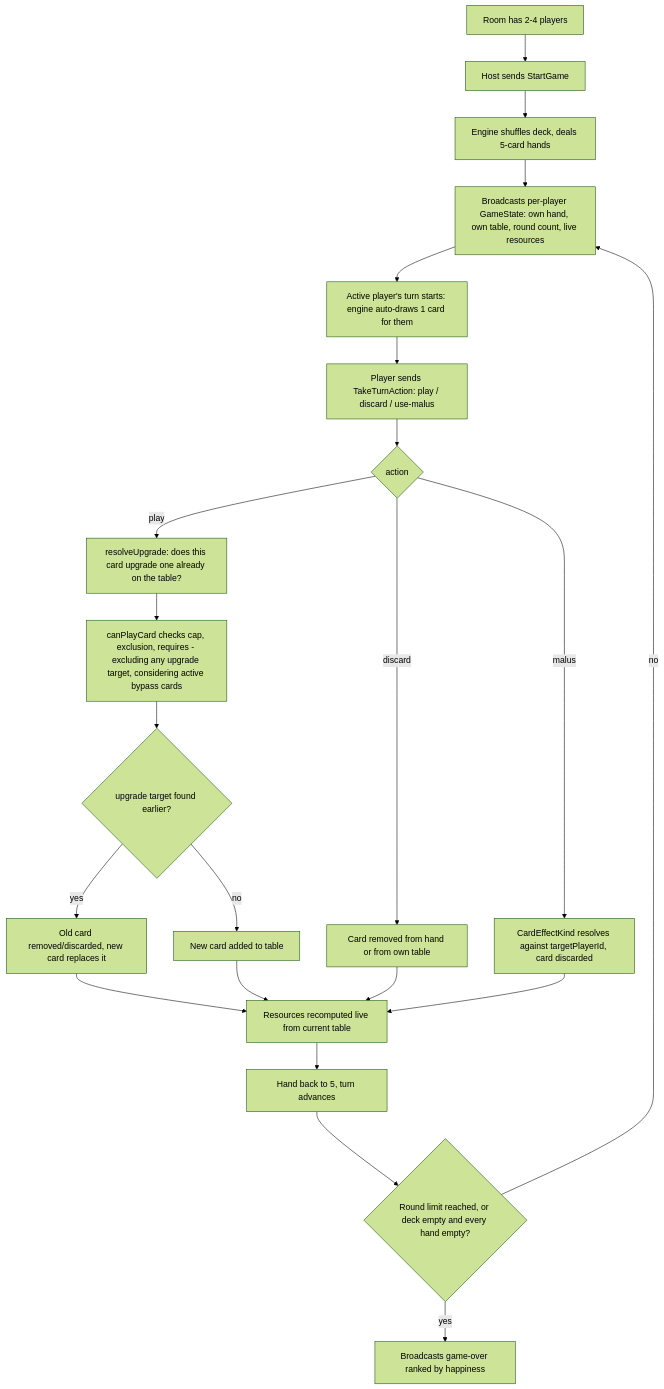
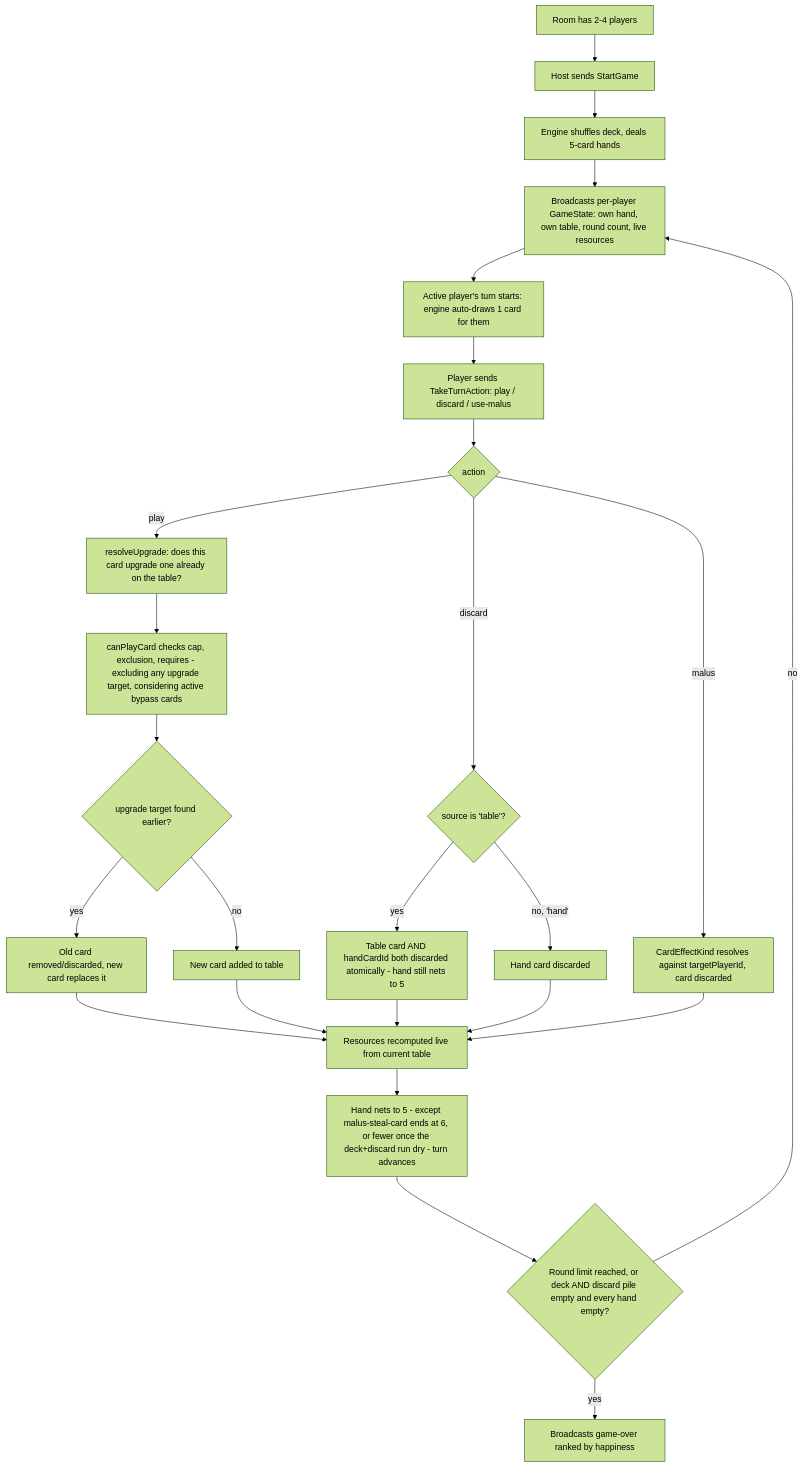
One commit to Loxo/happy-card-game changed the first of 2 diagrams in aidd_docs/tasks/2026_09/2026_09_17_card-game-core/phase-4.md. Above: the diagram before and after it, drawn with Mermaid (forest theme). The commit also changed other lines of this file and 14 other files, not shown here.

````diff
--- a/aidd_docs/tasks/2026_09/2026_09_17_card-game-core/phase-4.md
+++ b/aidd_docs/tasks/2026_09/2026_09_17_card-game-core/phase-4.md
@@ -30,24 +31,27 @@
 ```mermaid
 flowchart TD
   A[Room has 2-4 players] --> B[Host sends StartGame]
   B --> C[Engine shuffles deck, deals 5-card hands]
   C --> D[Broadcasts per-player GameState: own hand, own table, round count, live resources]
   D --> E[Active player's turn starts: engine auto-draws 1 card for them]
   E --> F[Player sends TakeTurnAction: play / discard / use-malus]
   F --> G{action}
   G -- play --> H0[resolveUpgrade: does this card upgrade one already on the table?]
   H0 --> H[canPlayCard checks cap, exclusion, requires - excluding any upgrade target, considering active bypass cards]
   H --> H1{upgrade target found earlier?}
   H1 -- yes --> H2[Old card removed/discarded, new card replaces it]
   H1 -- no --> H3[New card added to table]
-  G -- discard --> I[Card removed from hand or from own table]
+  G -- discard --> I{source is 'table'?}
+  I -- yes --> I1[Table card AND handCardId both discarded atomically - hand still nets to 5]
+  I -- no, 'hand' --> I2[Hand card discarded]
   G -- malus --> J[CardEffectKind resolves against targetPlayerId, card discarded]
   H2 --> K[Resources recomputed live from current table]
   H3 --> K
-  I --> K
+  I1 --> K
+  I2 --> K
   J --> K
-  K --> L[Hand back to 5, turn advances]
-  L --> M{Round limit reached, or deck empty and every hand empty?}
+  K --> L[Hand nets to 5 - except malus-steal-card ends at 6, or fewer once the deck+discard run dry - turn advances]
+  L --> M{Round limit reached, or deck AND discard pile empty and every hand empty?}
   M -- no --> D
   M -- yes --> N[Broadcasts game-over ranked by happiness]
 ```
````
